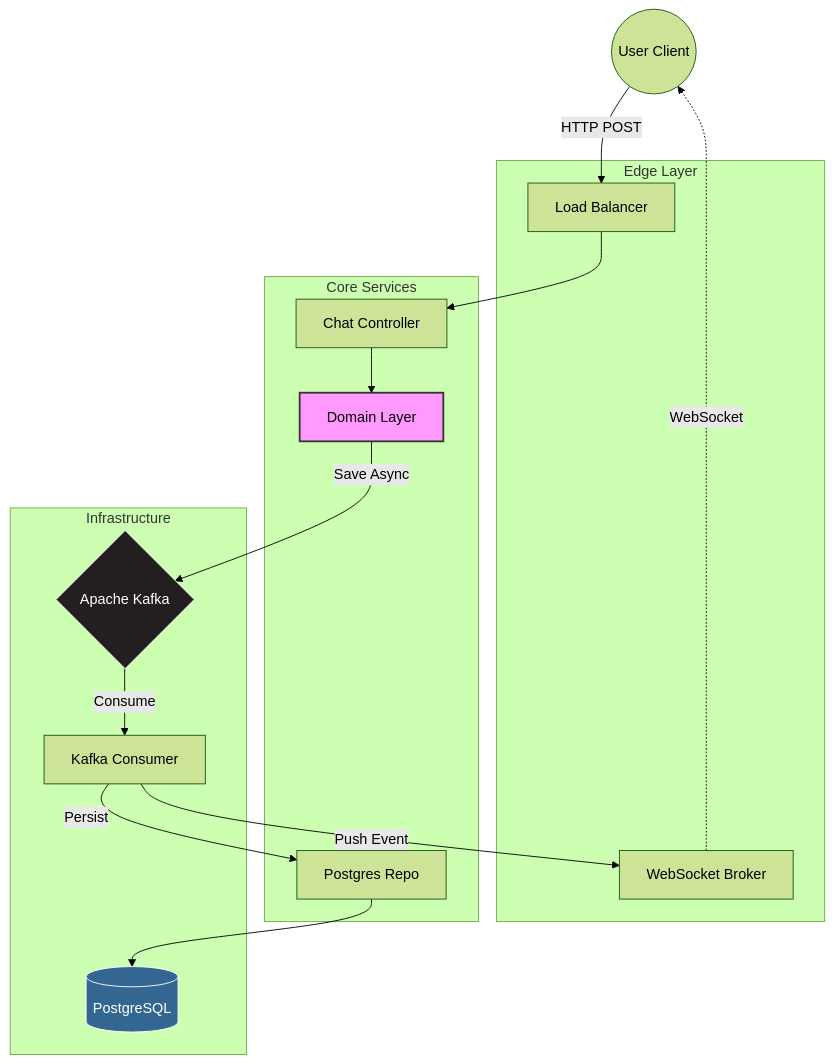
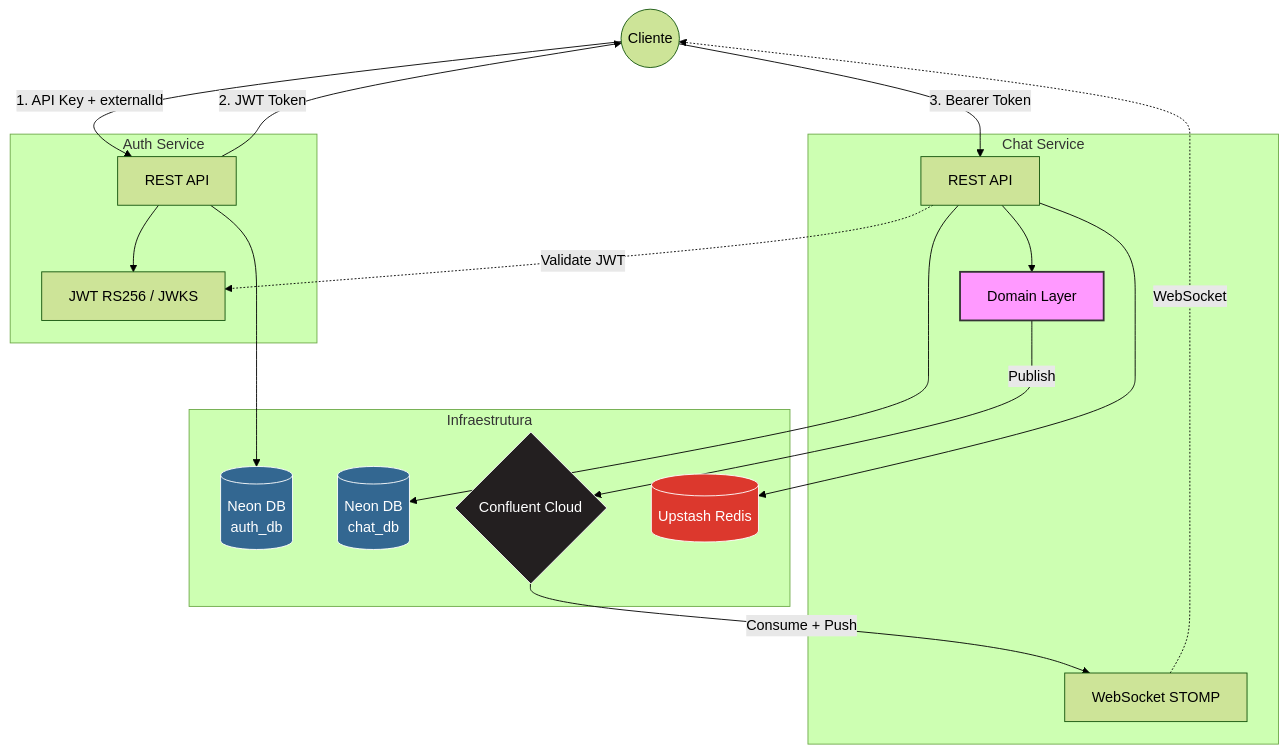
The diagram in README.md (Mayara-Amorim/chat-enterprise), drawn with Mermaid (forest theme) before and after one commit. The commit also changed other lines of this file, not shown here.

````diff
--- a/README.md
+++ b/README.md
@@ -116,37 +48,43 @@
 ```mermaid
 graph TD
-    User((User Client))
-    
-    subgraph "Edge Layer"
-        LB[Load Balancer]
-        WS[WebSocket Broker]
-    end
-    
-    subgraph "Core Services"
-        API[Chat Controller]
-        Domain[Domain Layer]
-        Repo[Postgres Repo]
-    end
-    
-    subgraph "Infrastructure"
-        DB[(PostgreSQL)]
-        Kafka{Apache Kafka}
-        KConsumer[Kafka Consumer]
+    User((Cliente))
+
+    subgraph "Auth Service"
+        AuthAPI[REST API]
+        JWT[JWT RS256 / JWKS]
     end
 
-    User -->|HTTP POST| LB
-    LB --> API
-    API --> Domain
-    Domain -->|Save Async| Kafka
-    
-    Kafka -->|Consume| KConsumer
-    KConsumer -->|Persist| Repo
-    Repo --> DB
-    
-    KConsumer -->|Push Event| WS
+    subgraph "Chat Service"
+        ChatAPI[REST API]
+        WS[WebSocket STOMP]
+        Domain[Domain Layer]
+    end
+
+    subgraph "Infraestrutura"
+        DB_Auth[(Neon DB<br>auth_db)]
+        DB_Chat[(Neon DB<br>chat_db)]
+        Kafka{Confluent Cloud}
+        Redis[(Upstash Redis)]
+    end
+
+    User -->|1. API Key + externalId| AuthAPI
+    AuthAPI -->|2. JWT Token| User
+    AuthAPI --> DB_Auth
+    AuthAPI --> JWT
+
+    User -->|3. Bearer Token| ChatAPI
+    ChatAPI --> Domain
+    Domain -->|Publish| Kafka
+    Kafka -->|Consume + Push| WS
     WS -.->|WebSocket| User
-    
+
+    ChatAPI --> DB_Chat
+    ChatAPI --> Redis
+    ChatAPI -.->|Validate JWT| JWT
+
     style Kafka fill:#231F20,stroke:#fff,color:#fff
-    style DB fill:#336791,stroke:#fff,color:#fff
+    style DB_Auth fill:#336791,stroke:#fff,color:#fff
+    style DB_Chat fill:#336791,stroke:#fff,color:#fff
+    style Redis fill:#DC382D,stroke:#fff,color:#fff
     style Domain fill:#f9f,stroke:#333,stroke-width:2px
 ```
````
